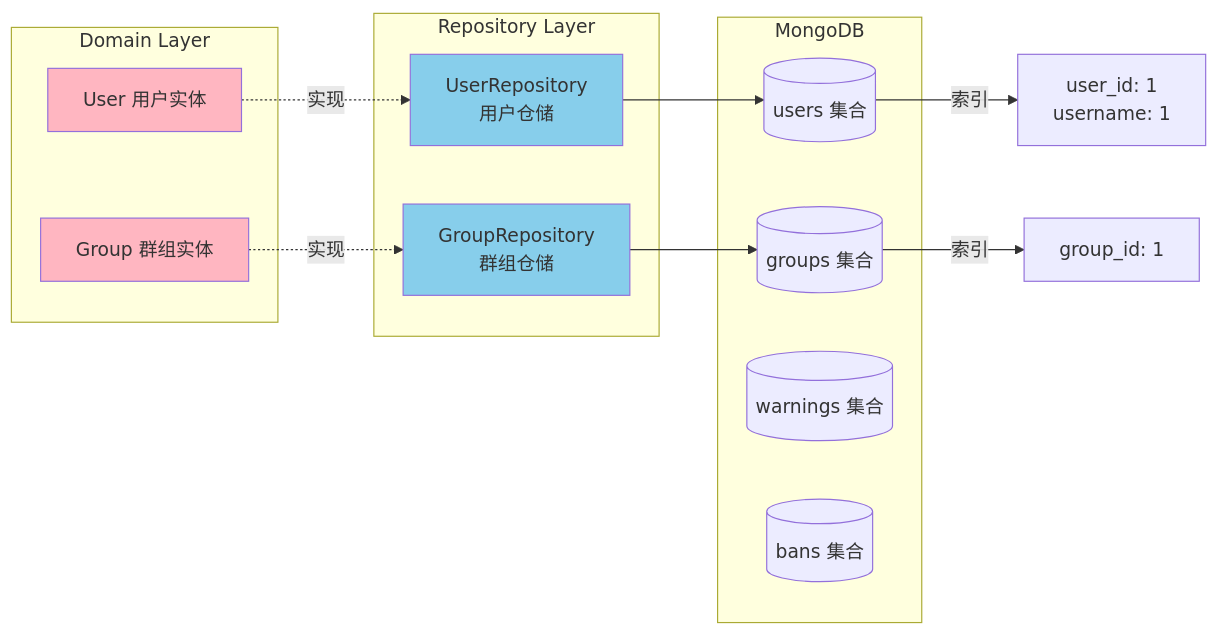
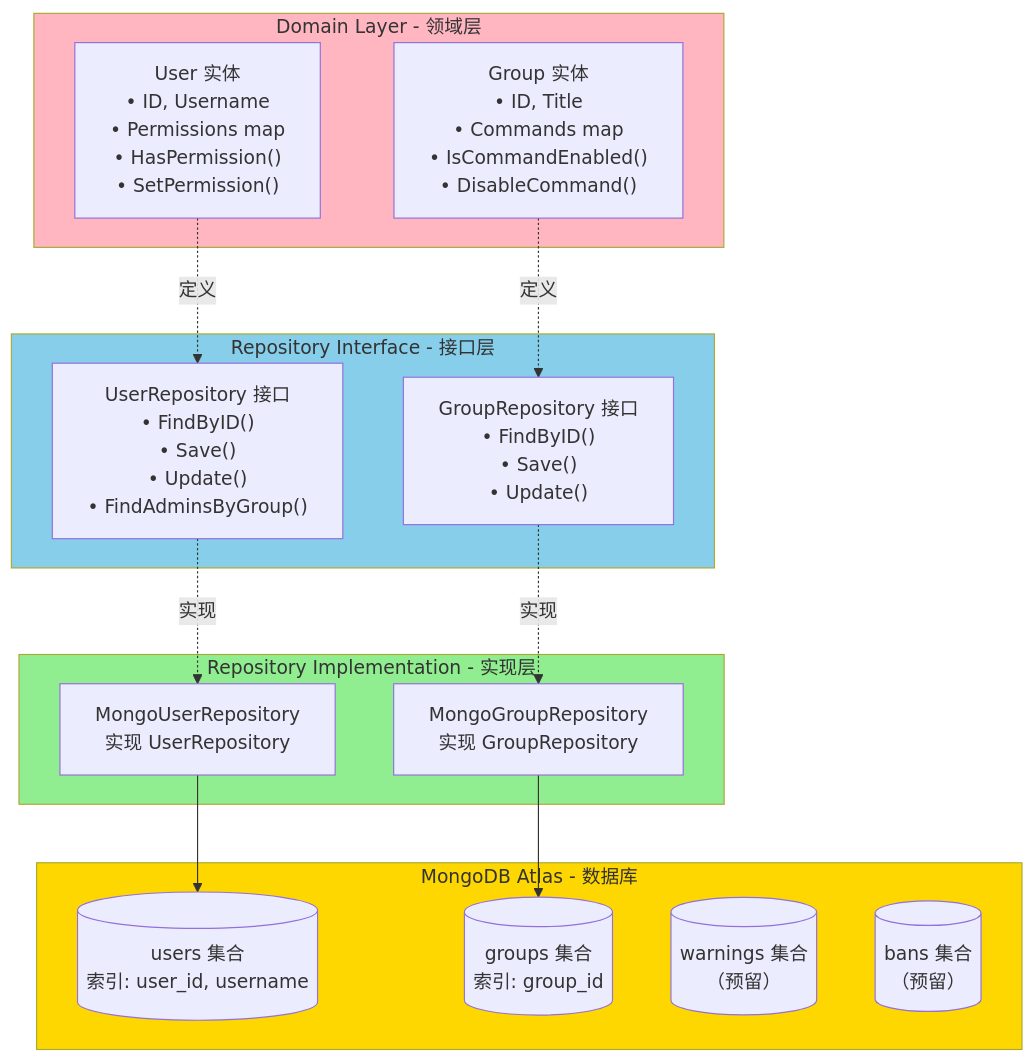
Diagram 14 of 26 in docs/architecture-diagram.md (asmitul/go-telegram-bot), drawn with Mermaid before and after one commit. The commit also changed other lines of this file, not shown here.

Commit message:
✔️ 更新architecture-diagram.md文档

````diff
--- a/docs/architecture-diagram.md
+++ b/docs/architecture-diagram.md
@@ -178,33 +648,38 @@
 ```mermaid
-graph LR
-    subgraph Domain[Domain Layer]
-        User[User 用户实体]
-        Group[Group 群组实体]
+graph TB
+    subgraph DomainLayer[Domain Layer - 领域层]
+        User["User 实体<br/>• ID, Username<br/>• Permissions map<br/>• HasPermission()<br/>• SetPermission()"]
+        Group["Group 实体<br/>• ID, Title<br/>• Commands map<br/>• IsCommandEnabled()<br/>• DisableCommand()"]
     end
 
-    subgraph Repository[Repository Layer]
-        UserRepo[UserRepository<br/>用户仓储]
-        GroupRepo[GroupRepository<br/>群组仓储]
+    subgraph RepositoryInterface[Repository Interface - 接口层]
+        UserRepo["UserRepository 接口<br/>• FindByID()<br/>• Save()<br/>• Update()<br/>• FindAdminsByGroup()"]
+        GroupRepo["GroupRepository 接口<br/>• FindByID()<br/>• Save()<br/>• Update()"]
     end
 
-    subgraph Database[MongoDB]
-        UsersCol[(users 集合)]
-        GroupsCol[(groups 集合)]
-        WarningsCol[(warnings 集合)]
-        BansCol[(bans 集合)]
+    subgraph RepositoryImpl[Repository Implementation - 实现层]
+        UserRepoImpl["MongoUserRepository<br/>实现 UserRepository"]
+        GroupRepoImpl["MongoGroupRepository<br/>实现 GroupRepository"]
     end
 
-    User -.实现.-> UserRepo
-    Group -.实现.-> GroupRepo
+    subgraph Database[MongoDB Atlas - 数据库]
+        UsersCol[("users 集合<br/>索引: user_id, username")]
+        GroupsCol[("groups 集合<br/>索引: group_id")]
+        WarningsCol[("warnings 集合<br/>（预留）")]
+        BansCol[("bans 集合<br/>（预留）")]
+    end
 
-    UserRepo --> UsersCol
-    GroupRepo --> GroupsCol
+    User -.定义.-> UserRepo
+    Group -.定义.-> GroupRepo
 
-    UsersCol --> |索引| UserIdx["user_id: 1<br/>username: 1"]
-    GroupsCol --> |索引| GroupIdx["group_id: 1"]
+    UserRepo -.实现.-> UserRepoImpl
+    GroupRepo -.实现.-> GroupRepoImpl
 
-    style User fill:#FFB6C1
-    style Group fill:#FFB6C1
-    style UserRepo fill:#87CEEB
-    style GroupRepo fill:#87CEEB
+    UserRepoImpl --> UsersCol
+    GroupRepoImpl --> GroupsCol
+
+    style DomainLayer fill:#FFB6C1
+    style RepositoryInterface fill:#87CEEB
+    style RepositoryImpl fill:#90EE90
+    style Database fill:#FFD700
 ```
````
